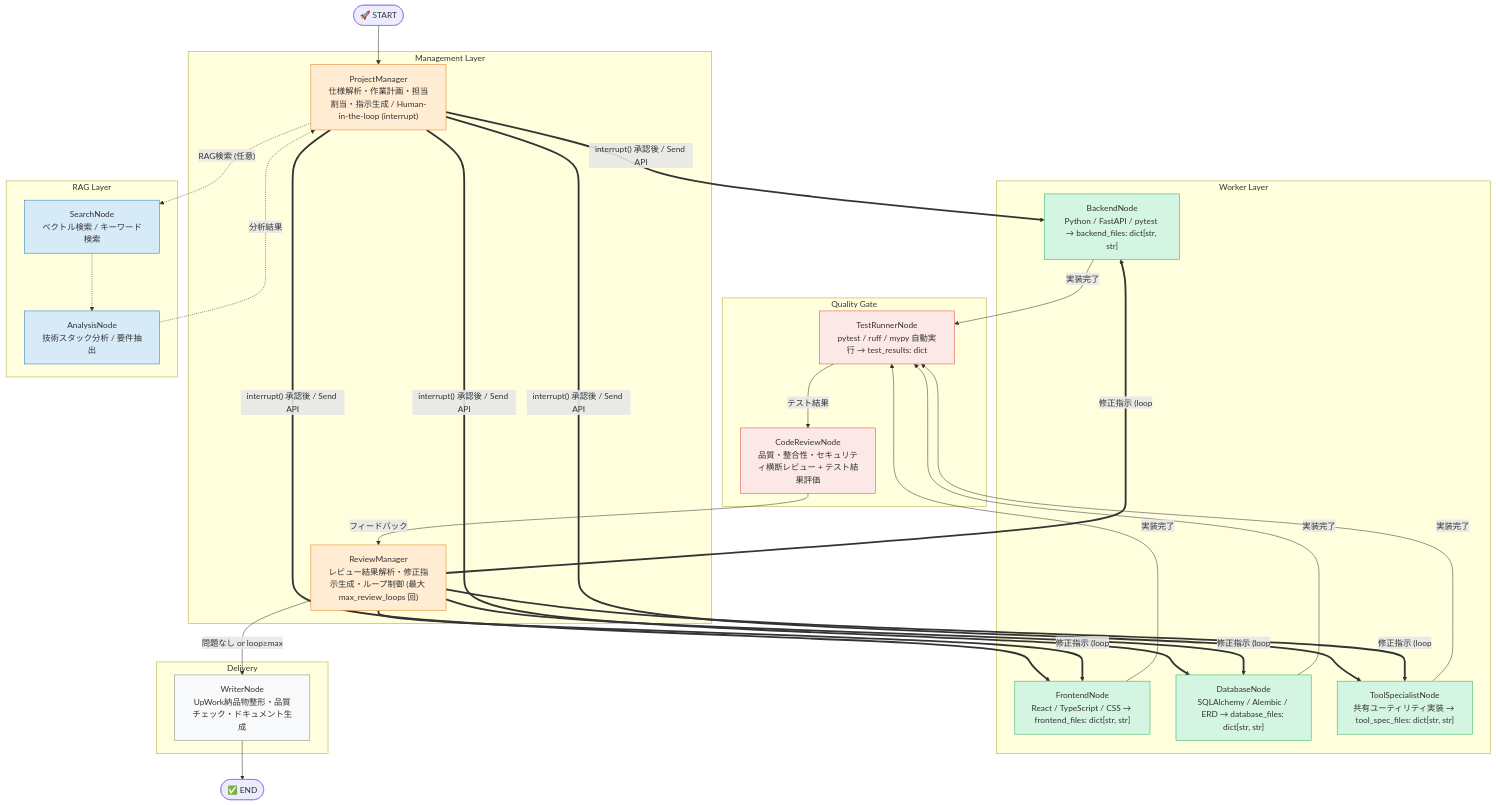
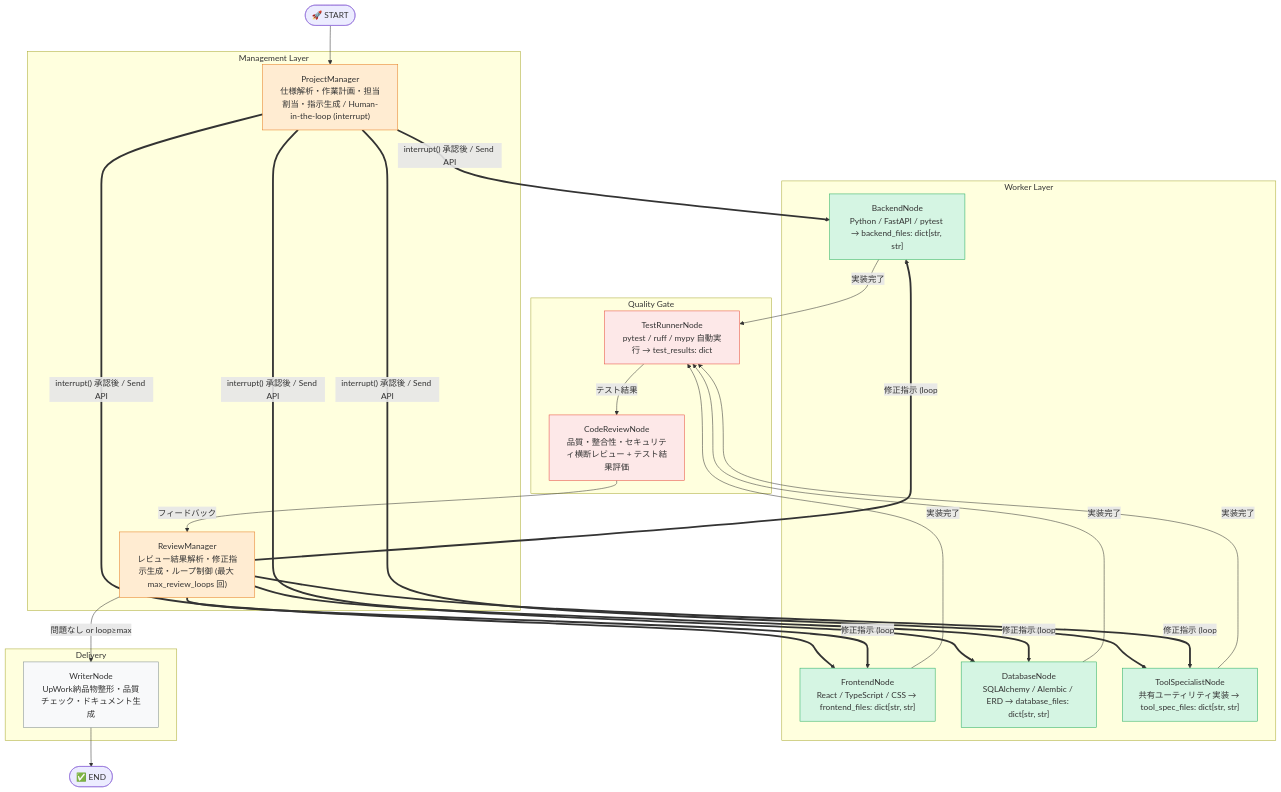
Before and after one commit to BBQ-Meat999/test-BBQ: the first of 4 diagrams in docs/architecture.md, drawn with Mermaid. The commit also changed other lines of this file and 12 other files, not shown here.

First line of the commit message:
refactor: remove RAG layer — not needed for spec-to-code delivery

````diff
--- a/docs/architecture.md
+++ b/docs/architecture.md
@@ -11,57 +11,48 @@
 ```mermaid
 flowchart TD
     subgraph MANAGEMENT["Management Layer"]
         project_manager["ProjectManager\n仕様解析・作業計画・担当割当・指示生成 / Human-in-the-loop (interrupt)"]
         review_manager["ReviewManager\nレビュー結果解析・修正指示生成・ループ制御 (最大 max_review_loops 回)"]
     end
     subgraph WORKER["Worker Layer"]
         backend["BackendNode\nPython / FastAPI / pytest → backend_files: dict[str, str]"]
         frontend["FrontendNode\nReact / TypeScript / CSS → frontend_files: dict[str, str]"]
         database["DatabaseNode\nSQLAlchemy / Alembic / ERD → database_files: dict[str, str]"]
         tool_specialist["ToolSpecialistNode\n共有ユーティリティ実装 → tool_spec_files: dict[str, str]"]
     end
     subgraph QUALITY["Quality Gate"]
         test_runner["TestRunnerNode\npytest / ruff / mypy 自動実行 → test_results: dict"]
         code_review["CodeReviewNode\n品質・整合性・セキュリティ横断レビュー + テスト結果評価"]
-    end
-    subgraph RAG["RAG Layer"]
-        search["SearchNode\nベクトル検索 / キーワード検索"]
-        analysis["AnalysisNode\n技術スタック分析 / 要件抽出"]
     end
     subgraph DELIVERY["Delivery"]
         writer["WriterNode\nUpWork納品物整形・品質チェック・ドキュメント生成"]
     end
     START(["🚀 START"])
     END(["✅ END"])
     START --> project_manager
     project_manager ==>|"interrupt() 承認後 / Send API"| backend
     project_manager ==>|"interrupt() 承認後 / Send API"| frontend
     project_manager ==>|"interrupt() 承認後 / Send API"| database
     project_manager ==>|"interrupt() 承認後 / Send API"| tool_specialist
     backend -->|"実装完了"| test_runner
     frontend -->|"実装完了"| test_runner
     database -->|"実装完了"| test_runner
     tool_specialist -->|"実装完了"| test_runner
     test_runner -->|"テスト結果"| code_review
     code_review -->|"フィードバック"| review_manager
     review_manager ==>|"修正指示 (loop<max)"| backend
     review_manager ==>|"修正指示 (loop<max)"| frontend
     review_manager ==>|"修正指示 (loop<max)"| database
     review_manager ==>|"修正指示 (loop<max)"| tool_specialist
     review_manager -->|"問題なし or loop≥max"| writer
-    project_manager -.->|"RAG検索 (任意)"| search
-    search -.-> analysis
-    analysis -.->|"分析結果"| project_manager
     writer --> END
     style project_manager fill:#ffecd2,stroke:#e67e22
     style review_manager fill:#ffecd2,stroke:#e67e22
     style backend fill:#d5f5e3,stroke:#27ae60
     style frontend fill:#d5f5e3,stroke:#27ae60
     style database fill:#d5f5e3,stroke:#27ae60
     style tool_specialist fill:#d5f5e3,stroke:#27ae60
     style test_runner fill:#fde8e8,stroke:#e74c3c
     style code_review fill:#fde8e8,stroke:#e74c3c
-    style search fill:#d6eaf8,stroke:#2980b9
-    style analysis fill:#d6eaf8,stroke:#2980b9
     style writer fill:#f8f9fa,stroke:#7f8c8d
 ```
````
